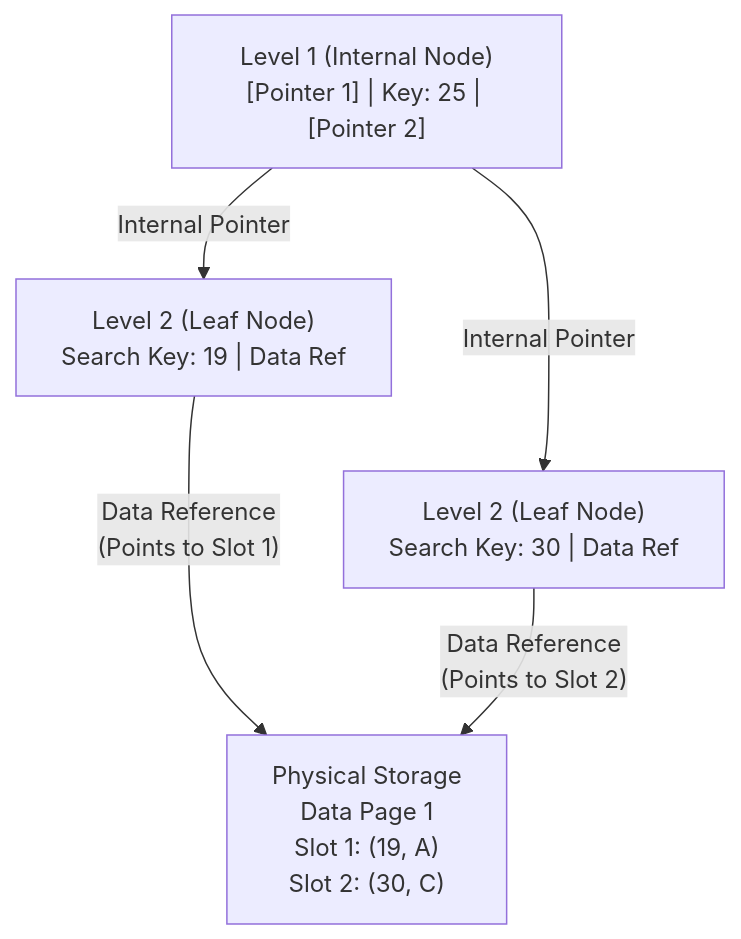
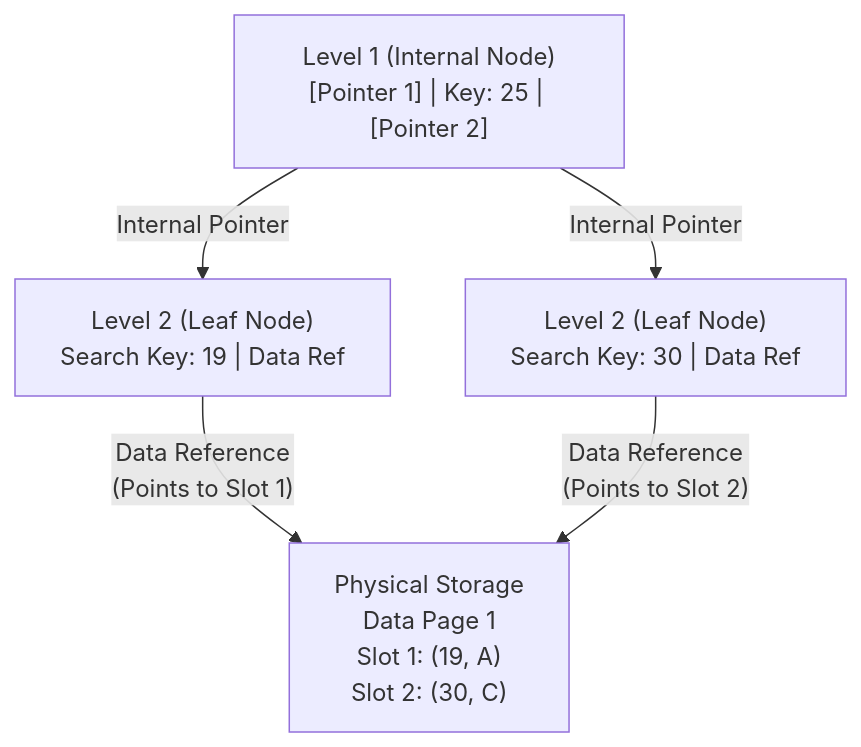
The third of 9 diagrams in DBMS_Indexing_Guide.md (purnatadikonda5/DBMS-Notes), drawn with Mermaid before and after one commit. The commit also changed other lines of this file, not shown here.

Commit message:
Remove invisible links to fix Mermaid horizontal alignment

````diff
--- a/DBMS_Indexing_Guide.md
+++ b/DBMS_Indexing_Guide.md
@@ -140,18 +140,17 @@
 ```mermaid
 flowchart TD
     INode["Level 1 (Internal Node)\n[Pointer 1] | Key: 25 | [Pointer 2]"]
     
     LNode1["Level 2 (Leaf Node)\nSearch Key: 19 | Data Ref"]
     LNode2["Level 2 (Leaf Node)\nSearch Key: 30 | Data Ref"]
     
     %% Force horizontal alignment
-    LNode1 ~~~ LNode2
     
     DPage["Physical Storage\nData Page 1\nSlot 1: (19, A)\nSlot 2: (30, C)"]
     
     INode -- "Internal Pointer" --> LNode1
     INode -- "Internal Pointer" --> LNode2
     
     LNode1 -- "Data Reference\n(Points to Slot 1)" --> DPage
     LNode2 -- "Data Reference\n(Points to Slot 2)" --> DPage
 ```
````
